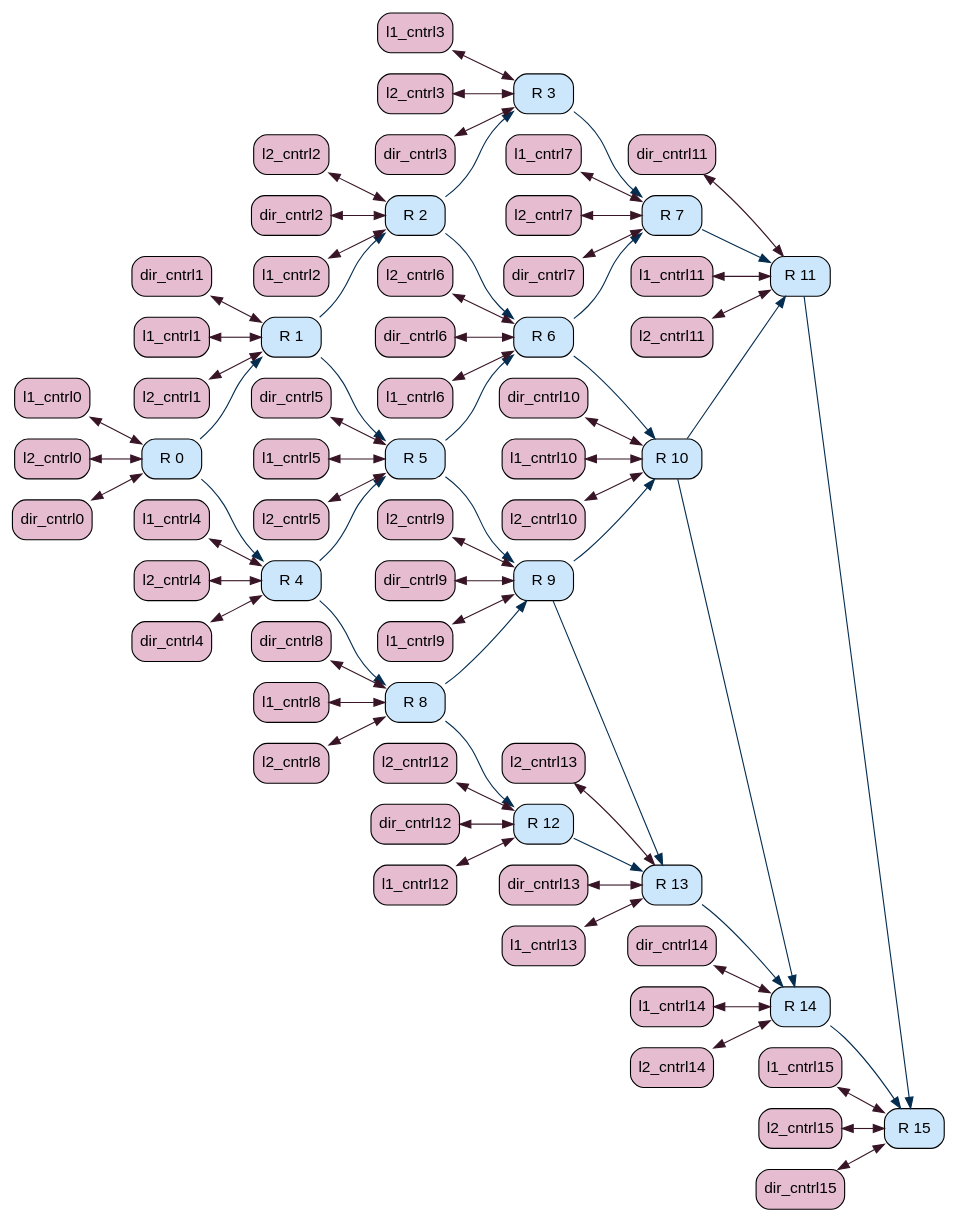
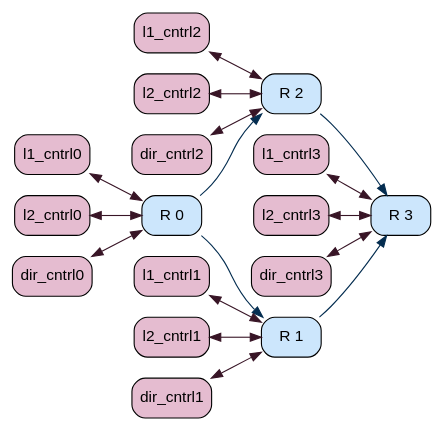
One commit to Sudeep-Kalvakuntla/gem5 changed the diagram in m5out/config.system.ruby.dot. Above: the diagram before and after it, drawn with Graphviz. The commit also changed 42 other files, not shown here.

```diff
--- a/m5out/config.system.ruby.dot
+++ b/m5out/config.system.ruby.dot
@@ -1,139 +1,35 @@
 graph G {
 rankdir=LR;
-"system.ruby.network.routers00" [color="#000000", fillcolor="#cce6fc", fontcolor="#000000", fontname=Arial, fontsize=14, label="R 0", shape=Mrecord, style="rounded, filled"];
-"system.ruby.network.routers01" [color="#000000", fillcolor="#cce6fc", fontcolor="#000000", fontname=Arial, fontsize=14, label="R 1", shape=Mrecord, style="rounded, filled"];
-"system.ruby.network.routers02" [color="#000000", fillcolor="#cce6fc", fontcolor="#000000", fontname=Arial, fontsize=14, label="R 2", shape=Mrecord, style="rounded, filled"];
-"system.ruby.network.routers03" [color="#000000", fillcolor="#cce6fc", fontcolor="#000000", fontname=Arial, fontsize=14, label="R 3", shape=Mrecord, style="rounded, filled"];
-"system.ruby.network.routers04" [color="#000000", fillcolor="#cce6fc", fontcolor="#000000", fontname=Arial, fontsize=14, label="R 4", shape=Mrecord, style="rounded, filled"];
-"system.ruby.network.routers05" [color="#000000", fillcolor="#cce6fc", fontcolor="#000000", fontname=Arial, fontsize=14, label="R 5", shape=Mrecord, style="rounded, filled"];
-"system.ruby.network.routers06" [color="#000000", fillcolor="#cce6fc", fontcolor="#000000", fontname=Arial, fontsize=14, label="R 6", shape=Mrecord, style="rounded, filled"];
-"system.ruby.network.routers07" [color="#000000", fillcolor="#cce6fc", fontcolor="#000000", fontname=Arial, fontsize=14, label="R 7", shape=Mrecord, style="rounded, filled"];
-"system.ruby.network.routers08" [color="#000000", fillcolor="#cce6fc", fontcolor="#000000", fontname=Arial, fontsize=14, label="R 8", shape=Mrecord, style="rounded, filled"];
-"system.ruby.network.routers09" [color="#000000", fillcolor="#cce6fc", fontcolor="#000000", fontname=Arial, fontsize=14, label="R 9", shape=Mrecord, style="rounded, filled"];
-"system.ruby.network.routers10" [color="#000000", fillcolor="#cce6fc", fontcolor="#000000", fontname=Arial, fontsize=14, label="R 10", shape=Mrecord, style="rounded, filled"];
-"system.ruby.network.routers11" [color="#000000", fillcolor="#cce6fc", fontcolor="#000000", fontname=Arial, fontsize=14, label="R 11", shape=Mrecord, style="rounded, filled"];
-"system.ruby.network.routers12" [color="#000000", fillcolor="#cce6fc", fontcolor="#000000", fontname=Arial, fontsize=14, label="R 12", shape=Mrecord, style="rounded, filled"];
-"system.ruby.network.routers13" [color="#000000", fillcolor="#cce6fc", fontcolor="#000000", fontname=Arial, fontsize=14, label="R 13", shape=Mrecord, style="rounded, filled"];
-"system.ruby.network.routers14" [color="#000000", fillcolor="#cce6fc", fontcolor="#000000", fontname=Arial, fontsize=14, label="R 14", shape=Mrecord, style="rounded, filled"];
-"system.ruby.network.routers15" [color="#000000", fillcolor="#cce6fc", fontcolor="#000000", fontname=Arial, fontsize=14, label="R 15", shape=Mrecord, style="rounded, filled"];
-"system.ruby.network.routers00" -- "system.ruby.network.routers01"  [color="#042d50", dir=forward, weight=0.5];
-"system.ruby.network.routers01" -- "system.ruby.network.routers02"  [color="#042d50", dir=forward, weight=0.5];
-"system.ruby.network.routers02" -- "system.ruby.network.routers03"  [color="#042d50", dir=forward, weight=0.5];
-"system.ruby.network.routers04" -- "system.ruby.network.routers05"  [color="#042d50", dir=forward, weight=0.5];
-"system.ruby.network.routers05" -- "system.ruby.network.routers06"  [color="#042d50", dir=forward, weight=0.5];
-"system.ruby.network.routers06" -- "system.ruby.network.routers07"  [color="#042d50", dir=forward, weight=0.5];
-"system.ruby.network.routers08" -- "system.ruby.network.routers09"  [color="#042d50", dir=forward, weight=0.5];
-"system.ruby.network.routers09" -- "system.ruby.network.routers10"  [color="#042d50", dir=forward, weight=0.5];
-"system.ruby.network.routers10" -- "system.ruby.network.routers11"  [color="#042d50", dir=forward, weight=0.5];
-"system.ruby.network.routers12" -- "system.ruby.network.routers13"  [color="#042d50", dir=forward, weight=0.5];
-"system.ruby.network.routers13" -- "system.ruby.network.routers14"  [color="#042d50", dir=forward, weight=0.5];
-"system.ruby.network.routers14" -- "system.ruby.network.routers15"  [color="#042d50", dir=forward, weight=0.5];
-"system.ruby.network.routers00" -- "system.ruby.network.routers04"  [color="#042d50", dir=forward, weight=0.5];
-"system.ruby.network.routers04" -- "system.ruby.network.routers08"  [color="#042d50", dir=forward, weight=0.5];
-"system.ruby.network.routers08" -- "system.ruby.network.routers12"  [color="#042d50", dir=forward, weight=0.5];
-"system.ruby.network.routers01" -- "system.ruby.network.routers05"  [color="#042d50", dir=forward, weight=0.5];
-"system.ruby.network.routers05" -- "system.ruby.network.routers09"  [color="#042d50", dir=forward, weight=0.5];
-"system.ruby.network.routers09" -- "system.ruby.network.routers13"  [color="#042d50", dir=forward, weight=0.5];
-"system.ruby.network.routers02" -- "system.ruby.network.routers06"  [color="#042d50", dir=forward, weight=0.5];
-"system.ruby.network.routers06" -- "system.ruby.network.routers10"  [color="#042d50", dir=forward, weight=0.5];
-"system.ruby.network.routers10" -- "system.ruby.network.routers14"  [color="#042d50", dir=forward, weight=0.5];
-"system.ruby.network.routers03" -- "system.ruby.network.routers07"  [color="#042d50", dir=forward, weight=0.5];
-"system.ruby.network.routers07" -- "system.ruby.network.routers11"  [color="#042d50", dir=forward, weight=0.5];
-"system.ruby.network.routers11" -- "system.ruby.network.routers15"  [color="#042d50", dir=forward, weight=0.5];
+"system.ruby.network.routers0" [color="#000000", fillcolor="#cce6fc", fontcolor="#000000", fontname=Arial, fontsize=14, label="R 0", shape=Mrecord, style="rounded, filled"];
+"system.ruby.network.routers1" [color="#000000", fillcolor="#cce6fc", fontcolor="#000000", fontname=Arial, fontsize=14, label="R 1", shape=Mrecord, style="rounded, filled"];
+"system.ruby.network.routers2" [color="#000000", fillcolor="#cce6fc", fontcolor="#000000", fontname=Arial, fontsize=14, label="R 2", shape=Mrecord, style="rounded, filled"];
+"system.ruby.network.routers3" [color="#000000", fillcolor="#cce6fc", fontcolor="#000000", fontname=Arial, fontsize=14, label="R 3", shape=Mrecord, style="rounded, filled"];
+"system.ruby.network.routers0" -- "system.ruby.network.routers1"  [color="#042d50", dir=forward, weight=0.5];
+"system.ruby.network.routers2" -- "system.ruby.network.routers3"  [color="#042d50", dir=forward, weight=0.5];
+"system.ruby.network.routers0" -- "system.ruby.network.routers2"  [color="#042d50", dir=forward, weight=0.5];
+"system.ruby.network.routers1" -- "system.ruby.network.routers3"  [color="#042d50", dir=forward, weight=0.5];
 "system.ruby.l1_cntrl0" [color="#000000", fillcolor="#e5bcd0", fontcolor="#000000", fontname=Arial, fontsize=14, label=l1_cntrl0, shape=Mrecord, style="rounded, filled"];
-"system.ruby.l1_cntrl0" -- "system.ruby.network.routers00"  [color="#381526", dir=both, weight=1.0];
+"system.ruby.l1_cntrl0" -- "system.ruby.network.routers0"  [color="#381526", dir=both, weight=1.0];
 "system.ruby.l1_cntrl1" [color="#000000", fillcolor="#e5bcd0", fontcolor="#000000", fontname=Arial, fontsize=14, label=l1_cntrl1, shape=Mrecord, style="rounded, filled"];
-"system.ruby.l1_cntrl1" -- "system.ruby.network.routers01"  [color="#381526", dir=both, weight=1.0];
+"system.ruby.l1_cntrl1" -- "system.ruby.network.routers1"  [color="#381526", dir=both, weight=1.0];
 "system.ruby.l1_cntrl2" [color="#000000", fillcolor="#e5bcd0", fontcolor="#000000", fontname=Arial, fontsize=14, label=l1_cntrl2, shape=Mrecord, style="rounded, filled"];
-"system.ruby.l1_cntrl2" -- "system.ruby.network.routers02"  [color="#381526", dir=both, weight=1.0];
+"system.ruby.l1_cntrl2" -- "system.ruby.network.routers2"  [color="#381526", dir=both, weight=1.0];
 "system.ruby.l1_cntrl3" [color="#000000", fillcolor="#e5bcd0", fontcolor="#000000", fontname=Arial, fontsize=14, label=l1_cntrl3, shape=Mrecord, style="rounded, filled"];
-"system.ruby.l1_cntrl3" -- "system.ruby.network.routers03"  [color="#381526", dir=both, weight=1.0];
-"system.ruby.l1_cntrl4" [color="#000000", fillcolor="#e5bcd0", fontcolor="#000000", fontname=Arial, fontsize=14, label=l1_cntrl4, shape=Mrecord, style="rounded, filled"];
-"system.ruby.l1_cntrl4" -- "system.ruby.network.routers04"  [color="#381526", dir=both, weight=1.0];
-"system.ruby.l1_cntrl5" [color="#000000", fillcolor="#e5bcd0", fontcolor="#000000", fontname=Arial, fontsize=14, label=l1_cntrl5, shape=Mrecord, style="rounded, filled"];
-"system.ruby.l1_cntrl5" -- "system.ruby.network.routers05"  [color="#381526", dir=both, weight=1.0];
-"system.ruby.l1_cntrl6" [color="#000000", fillcolor="#e5bcd0", fontcolor="#000000", fontname=Arial, fontsize=14, label=l1_cntrl6, shape=Mrecord, style="rounded, filled"];
-"system.ruby.l1_cntrl6" -- "system.ruby.network.routers06"  [color="#381526", dir=both, weight=1.0];
-"system.ruby.l1_cntrl7" [color="#000000", fillcolor="#e5bcd0", fontcolor="#000000", fontname=Arial, fontsize=14, label=l1_cntrl7, shape=Mrecord, style="rounded, filled"];
-"system.ruby.l1_cntrl7" -- "system.ruby.network.routers07"  [color="#381526", dir=both, weight=1.0];
-"system.ruby.l1_cntrl8" [color="#000000", fillcolor="#e5bcd0", fontcolor="#000000", fontname=Arial, fontsize=14, label=l1_cntrl8, shape=Mrecord, style="rounded, filled"];
-"system.ruby.l1_cntrl8" -- "system.ruby.network.routers08"  [color="#381526", dir=both, weight=1.0];
-"system.ruby.l1_cntrl9" [color="#000000", fillcolor="#e5bcd0", fontcolor="#000000", fontname=Arial, fontsize=14, label=l1_cntrl9, shape=Mrecord, style="rounded, filled"];
-"system.ruby.l1_cntrl9" -- "system.ruby.network.routers09"  [color="#381526", dir=both, weight=1.0];
-"system.ruby.l1_cntrl10" [color="#000000", fillcolor="#e5bcd0", fontcolor="#000000", fontname=Arial, fontsize=14, label=l1_cntrl10, shape=Mrecord, style="rounded, filled"];
-"system.ruby.l1_cntrl10" -- "system.ruby.network.routers10"  [color="#381526", dir=both, weight=1.0];
-"system.ruby.l1_cntrl11" [color="#000000", fillcolor="#e5bcd0", fontcolor="#000000", fontname=Arial, fontsize=14, label=l1_cntrl11, shape=Mrecord, style="rounded, filled"];
-"system.ruby.l1_cntrl11" -- "system.ruby.network.routers11"  [color="#381526", dir=both, weight=1.0];
-"system.ruby.l1_cntrl12" [color="#000000", fillcolor="#e5bcd0", fontcolor="#000000", fontname=Arial, fontsize=14, label=l1_cntrl12, shape=Mrecord, style="rounded, filled"];
-"system.ruby.l1_cntrl12" -- "system.ruby.network.routers12"  [color="#381526", dir=both, weight=1.0];
-"system.ruby.l1_cntrl13" [color="#000000", fillcolor="#e5bcd0", fontcolor="#000000", fontname=Arial, fontsize=14, label=l1_cntrl13, shape=Mrecord, style="rounded, filled"];
-"system.ruby.l1_cntrl13" -- "system.ruby.network.routers13"  [color="#381526", dir=both, weight=1.0];
-"system.ruby.l1_cntrl14" [color="#000000", fillcolor="#e5bcd0", fontcolor="#000000", fontname=Arial, fontsize=14, label=l1_cntrl14, shape=Mrecord, style="rounded, filled"];
-"system.ruby.l1_cntrl14" -- "system.ruby.network.routers14"  [color="#381526", dir=both, weight=1.0];
-"system.ruby.l1_cntrl15" [color="#000000", fillcolor="#e5bcd0", fontcolor="#000000", fontname=Arial, fontsize=14, label=l1_cntrl15, shape=Mrecord, style="rounded, filled"];
-"system.ruby.l1_cntrl15" -- "system.ruby.network.routers15"  [color="#381526", dir=both, weight=1.0];
+"system.ruby.l1_cntrl3" -- "system.ruby.network.routers3"  [color="#381526", dir=both, weight=1.0];
 "system.ruby.l2_cntrl0" [color="#000000", fillcolor="#e5bcd0", fontcolor="#000000", fontname=Arial, fontsize=14, label=l2_cntrl0, shape=Mrecord, style="rounded, filled"];
-"system.ruby.l2_cntrl0" -- "system.ruby.network.routers00"  [color="#381526", dir=both, weight=1.0];
+"system.ruby.l2_cntrl0" -- "system.ruby.network.routers0"  [color="#381526", dir=both, weight=1.0];
 "system.ruby.l2_cntrl1" [color="#000000", fillcolor="#e5bcd0", fontcolor="#000000", fontname=Arial, fontsize=14, label=l2_cntrl1, shape=Mrecord, style="rounded, filled"];
-"system.ruby.l2_cntrl1" -- "system.ruby.network.routers01"  [color="#381526", dir=both, weight=1.0];
+"system.ruby.l2_cntrl1" -- "system.ruby.network.routers1"  [color="#381526", dir=both, weight=1.0];
 "system.ruby.l2_cntrl2" [color="#000000", fillcolor="#e5bcd0", fontcolor="#000000", fontname=Arial, fontsize=14, label=l2_cntrl2, shape=Mrecord, style="rounded, filled"];
-"system.ruby.l2_cntrl2" -- "system.ruby.network.routers02"  [color="#381526", dir=both, weight=1.0];
+"system.ruby.l2_cntrl2" -- "system.ruby.network.routers2"  [color="#381526", dir=both, weight=1.0];
 "system.ruby.l2_cntrl3" [color="#000000", fillcolor="#e5bcd0", fontcolor="#000000", fontname=Arial, fontsize=14, label=l2_cntrl3, shape=Mrecord, style="rounded, filled"];
-"system.ruby.l2_cntrl3" -- "system.ruby.network.routers03"  [color="#381526", dir=both, weight=1.0];
-"system.ruby.l2_cntrl4" [color="#000000", fillcolor="#e5bcd0", fontcolor="#000000", fontname=Arial, fontsize=14, label=l2_cntrl4, shape=Mrecord, style="rounded, filled"];
-"system.ruby.l2_cntrl4" -- "system.ruby.network.routers04"  [color="#381526", dir=both, weight=1.0];
-"system.ruby.l2_cntrl5" [color="#000000", fillcolor="#e5bcd0", fontcolor="#000000", fontname=Arial, fontsize=14, label=l2_cntrl5, shape=Mrecord, style="rounded, filled"];
-"system.ruby.l2_cntrl5" -- "system.ruby.network.routers05"  [color="#381526", dir=both, weight=1.0];
-"system.ruby.l2_cntrl6" [color="#000000", fillcolor="#e5bcd0", fontcolor="#000000", fontname=Arial, fontsize=14, label=l2_cntrl6, shape=Mrecord, style="rounded, filled"];
-"system.ruby.l2_cntrl6" -- "system.ruby.network.routers06"  [color="#381526", dir=both, weight=1.0];
-"system.ruby.l2_cntrl7" [color="#000000", fillcolor="#e5bcd0", fontcolor="#000000", fontname=Arial, fontsize=14, label=l2_cntrl7, shape=Mrecord, style="rounded, filled"];
-"system.ruby.l2_cntrl7" -- "system.ruby.network.routers07"  [color="#381526", dir=both, weight=1.0];
-"system.ruby.l2_cntrl8" [color="#000000", fillcolor="#e5bcd0", fontcolor="#000000", fontname=Arial, fontsize=14, label=l2_cntrl8, shape=Mrecord, style="rounded, filled"];
-"system.ruby.l2_cntrl8" -- "system.ruby.network.routers08"  [color="#381526", dir=both, weight=1.0];
-"system.ruby.l2_cntrl9" [color="#000000", fillcolor="#e5bcd0", fontcolor="#000000", fontname=Arial, fontsize=14, label=l2_cntrl9, shape=Mrecord, style="rounded, filled"];
-"system.ruby.l2_cntrl9" -- "system.ruby.network.routers09"  [color="#381526", dir=both, weight=1.0];
-"system.ruby.l2_cntrl10" [color="#000000", fillcolor="#e5bcd0", fontcolor="#000000", fontname=Arial, fontsize=14, label=l2_cntrl10, shape=Mrecord, style="rounded, filled"];
-"system.ruby.l2_cntrl10" -- "system.ruby.network.routers10"  [color="#381526", dir=both, weight=1.0];
-"system.ruby.l2_cntrl11" [color="#000000", fillcolor="#e5bcd0", fontcolor="#000000", fontname=Arial, fontsize=14, label=l2_cntrl11, shape=Mrecord, style="rounded, filled"];
-"system.ruby.l2_cntrl11" -- "system.ruby.network.routers11"  [color="#381526", dir=both, weight=1.0];
-"system.ruby.l2_cntrl12" [color="#000000", fillcolor="#e5bcd0", fontcolor="#000000", fontname=Arial, fontsize=14, label=l2_cntrl12, shape=Mrecord, style="rounded, filled"];
-"system.ruby.l2_cntrl12" -- "system.ruby.network.routers12"  [color="#381526", dir=both, weight=1.0];
-"system.ruby.l2_cntrl13" [color="#000000", fillcolor="#e5bcd0", fontcolor="#000000", fontname=Arial, fontsize=14, label=l2_cntrl13, shape=Mrecord, style="rounded, filled"];
-"system.ruby.l2_cntrl13" -- "system.ruby.network.routers13"  [color="#381526", dir=both, weight=1.0];
-"system.ruby.l2_cntrl14" [color="#000000", fillcolor="#e5bcd0", fontcolor="#000000", fontname=Arial, fontsize=14, label=l2_cntrl14, shape=Mrecord, style="rounded, filled"];
-"system.ruby.l2_cntrl14" -- "system.ruby.network.routers14"  [color="#381526", dir=both, weight=1.0];
-"system.ruby.l2_cntrl15" [color="#000000", fillcolor="#e5bcd0", fontcolor="#000000", fontname=Arial, fontsize=14, label=l2_cntrl15, shape=Mrecord, style="rounded, filled"];
-"system.ruby.l2_cntrl15" -- "system.ruby.network.routers15"  [color="#381526", dir=both, weight=1.0];
+"system.ruby.l2_cntrl3" -- "system.ruby.network.routers3"  [color="#381526", dir=both, weight=1.0];
 "system.ruby.dir_cntrl0" [color="#000000", fillcolor="#e5bcd0", fontcolor="#000000", fontname=Arial, fontsize=14, label=dir_cntrl0, shape=Mrecord, style="rounded, filled"];
-"system.ruby.dir_cntrl0" -- "system.ruby.network.routers00"  [color="#381526", dir=both, weight=1.0];
+"system.ruby.dir_cntrl0" -- "system.ruby.network.routers0"  [color="#381526", dir=both, weight=1.0];
 "system.ruby.dir_cntrl1" [color="#000000", fillcolor="#e5bcd0", fontcolor="#000000", fontname=Arial, fontsize=14, label=dir_cntrl1, shape=Mrecord, style="rounded, filled"];
-"system.ruby.dir_cntrl1" -- "system.ruby.network.routers01"  [color="#381526", dir=both, weight=1.0];
+"system.ruby.dir_cntrl1" -- "system.ruby.network.routers1"  [color="#381526", dir=both, weight=1.0];
 "system.ruby.dir_cntrl2" [color="#000000", fillcolor="#e5bcd0", fontcolor="#000000", fontname=Arial, fontsize=14, label=dir_cntrl2, shape=Mrecord, style="rounded, filled"];
-"system.ruby.dir_cntrl2" -- "system.ruby.network.routers02"  [color="#381526", dir=both, weight=1.0];
+"system.ruby.dir_cntrl2" -- "system.ruby.network.routers2"  [color="#381526", dir=both, weight=1.0];
 "system.ruby.dir_cntrl3" [color="#000000", fillcolor="#e5bcd0", fontcolor="#000000", fontname=Arial, fontsize=14, label=dir_cntrl3, shape=Mrecord, style="rounded, filled"];
-"system.ruby.dir_cntrl3" -- "system.ruby.network.routers03"  [color="#381526", dir=both, weight=1.0];
-"system.ruby.dir_cntrl4" [color="#000000", fillcolor="#e5bcd0", fontcolor="#000000", fontname=Arial, fontsize=14, label=dir_cntrl4, shape=Mrecord, style="rounded, filled"];
-"system.ruby.dir_cntrl4" -- "system.ruby.network.routers04"  [color="#381526", dir=both, weight=1.0];
-"system.ruby.dir_cntrl5" [color="#000000", fillcolor="#e5bcd0", fontcolor="#000000", fontname=Arial, fontsize=14, label=dir_cntrl5, shape=Mrecord, style="rounded, filled"];
-"system.ruby.dir_cntrl5" -- "system.ruby.network.routers05"  [color="#381526", dir=both, weight=1.0];
-"system.ruby.dir_cntrl6" [color="#000000", fillcolor="#e5bcd0", fontcolor="#000000", fontname=Arial, fontsize=14, label=dir_cntrl6, shape=Mrecord, style="rounded, filled"];
-"system.ruby.dir_cntrl6" -- "system.ruby.network.routers06"  [color="#381526", dir=both, weight=1.0];
-"system.ruby.dir_cntrl7" [color="#000000", fillcolor="#e5bcd0", fontcolor="#000000", fontname=Arial, fontsize=14, label=dir_cntrl7, shape=Mrecord, style="rounded, filled"];
-"system.ruby.dir_cntrl7" -- "system.ruby.network.routers07"  [color="#381526", dir=both, weight=1.0];
-"system.ruby.dir_cntrl8" [color="#000000", fillcolor="#e5bcd0", fontcolor="#000000", fontname=Arial, fontsize=14, label=dir_cntrl8, shape=Mrecord, style="rounded, filled"];
-"system.ruby.dir_cntrl8" -- "system.ruby.network.routers08"  [color="#381526", dir=both, weight=1.0];
-"system.ruby.dir_cntrl9" [color="#000000", fillcolor="#e5bcd0", fontcolor="#000000", fontname=Arial, fontsize=14, label=dir_cntrl9, shape=Mrecord, style="rounded, filled"];
-"system.ruby.dir_cntrl9" -- "system.ruby.network.routers09"  [color="#381526", dir=both, weight=1.0];
-"system.ruby.dir_cntrl10" [color="#000000", fillcolor="#e5bcd0", fontcolor="#000000", fontname=Arial, fontsize=14, label=dir_cntrl10, shape=Mrecord, style="rounded, filled"];
-"system.ruby.dir_cntrl10" -- "system.ruby.network.routers10"  [color="#381526", dir=both, weight=1.0];
-"system.ruby.dir_cntrl11" [color="#000000", fillcolor="#e5bcd0", fontcolor="#000000", fontname=Arial, fontsize=14, label=dir_cntrl11, shape=Mrecord, style="rounded, filled"];
-"system.ruby.dir_cntrl11" -- "system.ruby.network.routers11"  [color="#381526", dir=both, weight=1.0];
-"system.ruby.dir_cntrl12" [color="#000000", fillcolor="#e5bcd0", fontcolor="#000000", fontname=Arial, fontsize=14, label=dir_cntrl12, shape=Mrecord, style="rounded, filled"];
-"system.ruby.dir_cntrl12" -- "system.ruby.network.routers12"  [color="#381526", dir=both, weight=1.0];
-"system.ruby.dir_cntrl13" [color="#000000", fillcolor="#e5bcd0", fontcolor="#000000", fontname=Arial, fontsize=14, label=dir_cntrl13, shape=Mrecord, style="rounded, filled"];
-"system.ruby.dir_cntrl13" -- "system.ruby.network.routers13"  [color="#381526", dir=both, weight=1.0];
-"system.ruby.dir_cntrl14" [color="#000000", fillcolor="#e5bcd0", fontcolor="#000000", fontname=Arial, fontsize=14, label=dir_cntrl14, shape=Mrecord, style="rounded, filled"];
-"system.ruby.dir_cntrl14" -- "system.ruby.network.routers14"  [color="#381526", dir=both, weight=1.0];
-"system.ruby.dir_cntrl15" [color="#000000", fillcolor="#e5bcd0", fontcolor="#000000", fontname=Arial, fontsize=14, label=dir_cntrl15, shape=Mrecord, style="rounded, filled"];
-"system.ruby.dir_cntrl15" -- "system.ruby.network.routers15"  [color="#381526", dir=both, weight=1.0];
+"system.ruby.dir_cntrl3" -- "system.ruby.network.routers3"  [color="#381526", dir=both, weight=1.0];
 }
```
